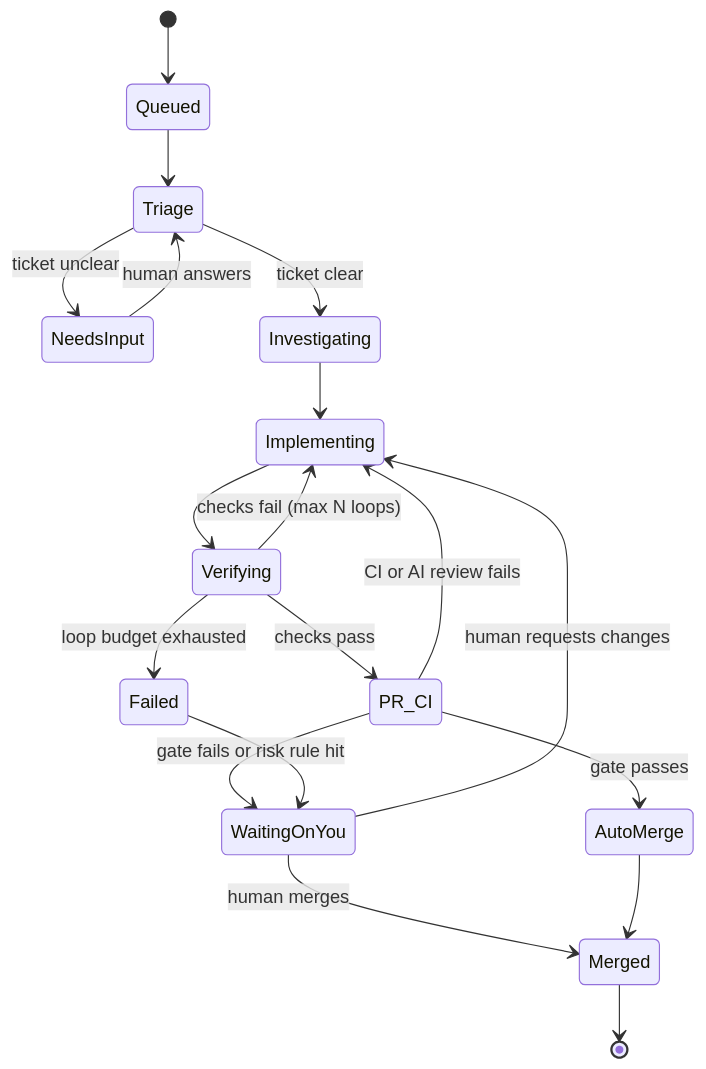
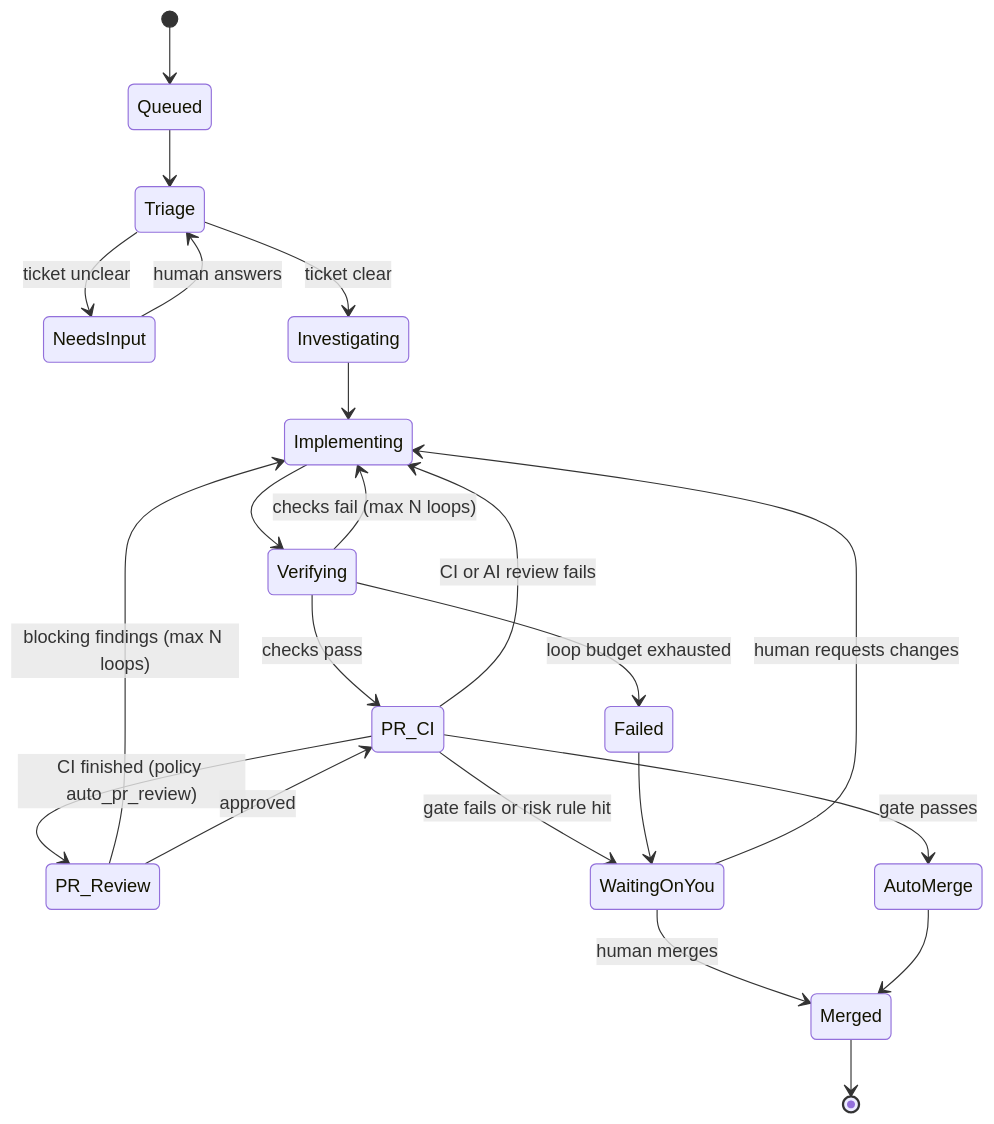
Before and after one commit to gckjdev/foundry: the first of 2 diagrams in software-factory-product-spec.zh-CN.md, drawn with Mermaid. The commit also changed other lines of this file and 33 other files, not shown here.

````diff
--- a/software-factory-product-spec.zh-CN.md
+++ b/software-factory-product-spec.zh-CN.md
@@ -193,21 +193,24 @@
 ```mermaid
 stateDiagram-v2
     [*] --> Queued
     Queued --> Triage
     Triage --> NeedsInput: ticket unclear
     NeedsInput --> Triage: human answers
     Triage --> Investigating: ticket clear
     Investigating --> Implementing
     Implementing --> Verifying
     Verifying --> Implementing: checks fail (max N loops)
     Verifying --> PR_CI: checks pass
+    PR_CI --> PR_Review: CI finished (policy auto_pr_review)
+    PR_Review --> Implementing: blocking findings (max N loops)
+    PR_Review --> PR_CI: approved
     PR_CI --> Implementing: CI or AI review fails
     PR_CI --> AutoMerge: gate passes
     PR_CI --> WaitingOnYou: gate fails or risk rule hit
     WaitingOnYou --> Implementing: human requests changes
     WaitingOnYou --> Merged: human merges
     AutoMerge --> Merged
     Verifying --> Failed: loop budget exhausted
     Merged --> [*]
     Failed --> WaitingOnYou
 ```
````
